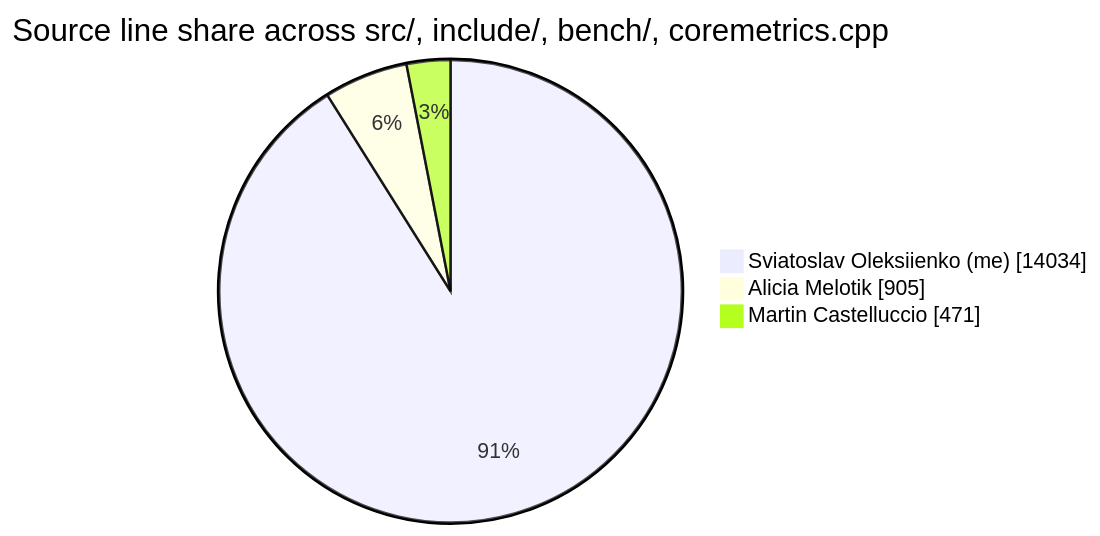
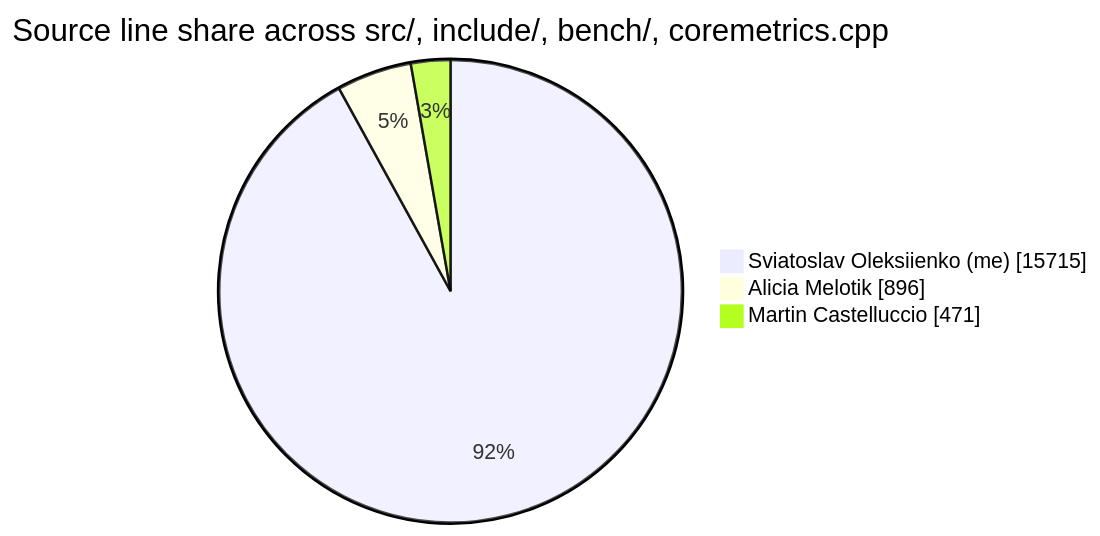
The diagram in .github/badges/contributions.md (sviatil0/coremetrics), drawn with Mermaid before and after one commit. The commit also changed other lines of this file and 2 other files, not shown here.

````diff
--- a/.github/badges/contributions.md
+++ b/.github/badges/contributions.md
@@ -11,7 +11,7 @@
 ```mermaid
 pie showData
     title Source line share across src/, include/, bench/, coremetrics.cpp
-    "Sviatoslav Oleksiienko (me)" : 14034
-    "Alicia Melotik" : 905
+    "Sviatoslav Oleksiienko (me)" : 15715
+    "Alicia Melotik" : 896
     "Martin Castelluccio" : 471
 ```
````
